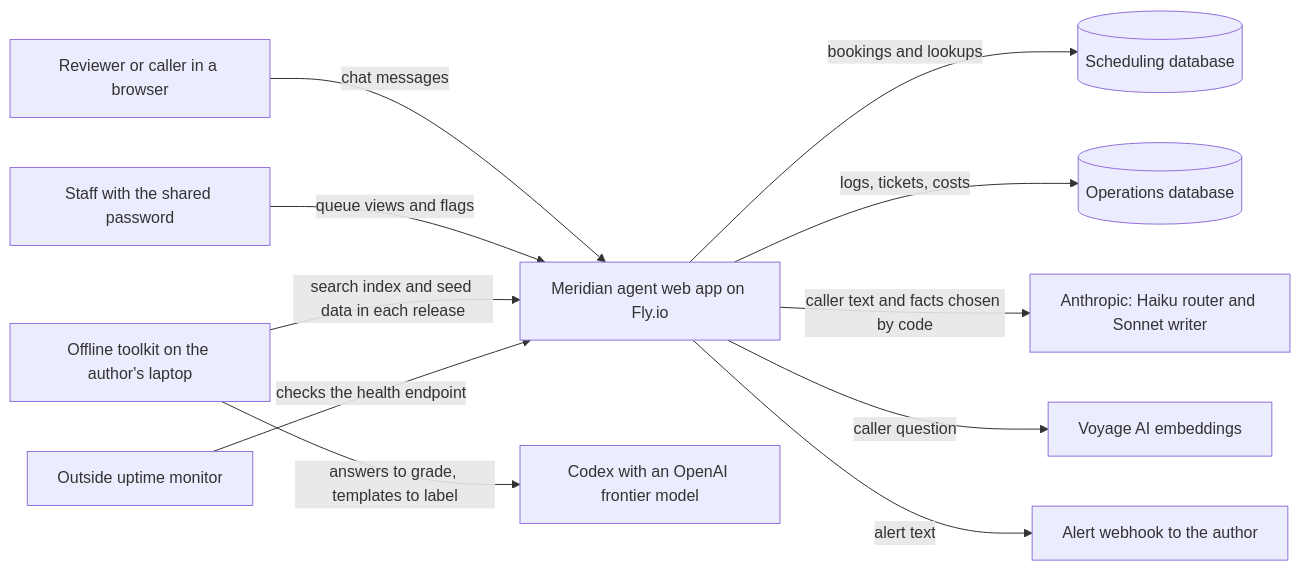
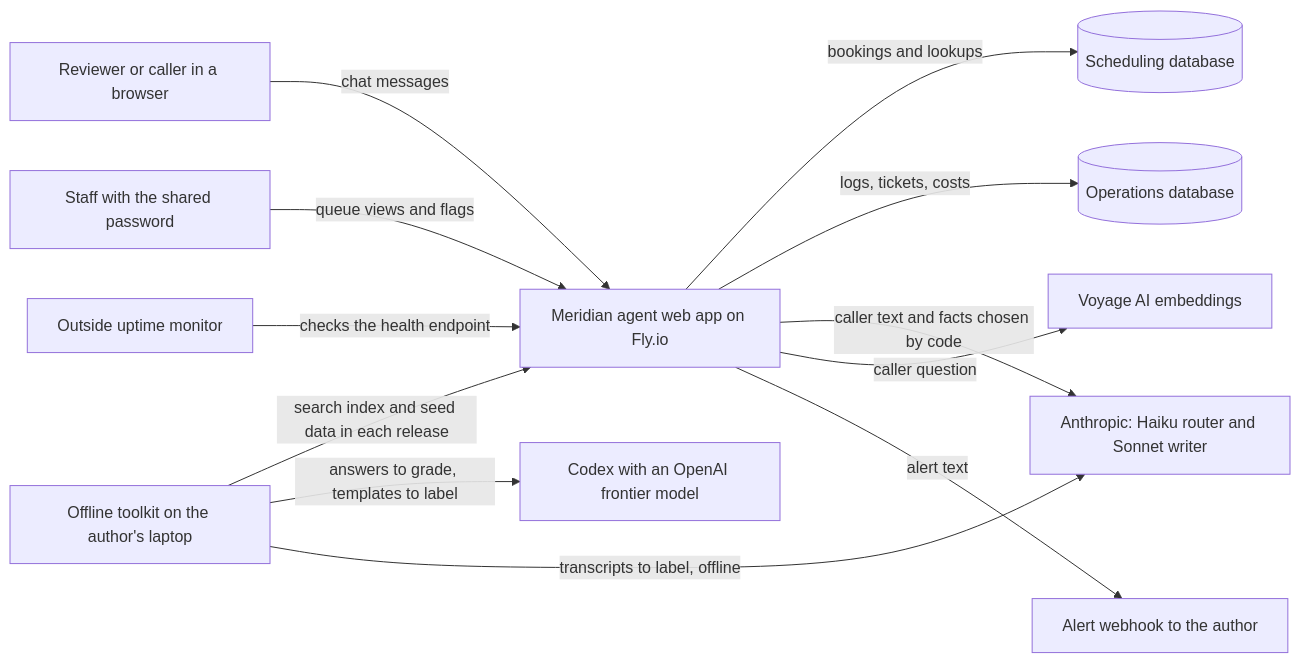
Before and after one commit to lucycchi/AI_Call_Center_Agent: the first of 21 diagrams in docs/ARCHITECTURE.md, drawn with Mermaid. The commit also changed other lines of this file and 26 other files, not shown here.

````diff
--- a/docs/ARCHITECTURE.md
+++ b/docs/ARCHITECTURE.md
@@ -15,13 +15,14 @@
 ```mermaid
 flowchart LR
     V["Reviewer or caller in a browser"] -->|"chat messages"| APP["Meridian agent web app on Fly.io"]
     S["Staff with the shared password"] -->|"queue views and flags"| APP
     APP -->|"bookings and lookups"| SDB[("Scheduling database")]
     APP -->|"logs, tickets, costs"| ODB[("Operations database")]
     APP -->|"caller text and facts chosen by code"| ANT["Anthropic: Haiku router and Sonnet writer"]
     APP -->|"caller question"| VOY["Voyage AI embeddings"]
     APP -->|"alert text"| ALERT["Alert webhook to the author"]
     LAP["Offline toolkit on the author's laptop"] -->|"search index and seed data in each release"| APP
     UP["Outside uptime monitor"] -->|"checks the health endpoint"| APP
     LAP -->|"answers to grade, templates to label"| CDX["Codex with an OpenAI frontier model"]
+    LAP -->|"transcripts to label, offline"| ANT
 ```
````
